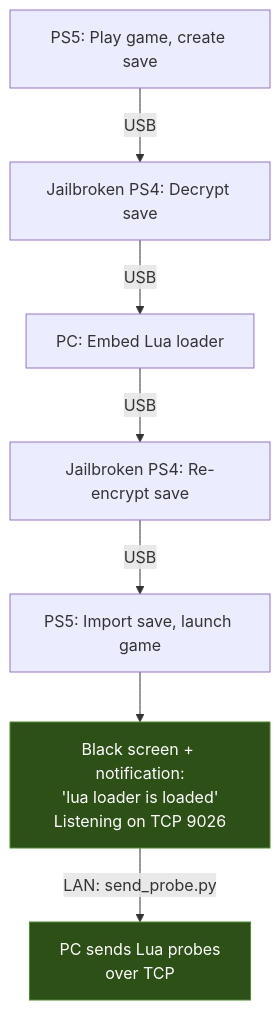
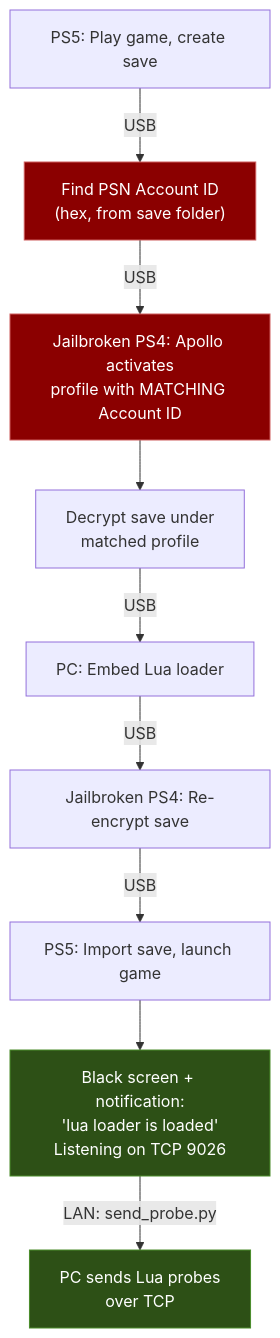
The third of 3 diagrams in README.md (0x7067/PS5-14.10-Research), drawn with Mermaid before and after one commit. The commit also changed other lines of this file and 1 other file, not shown here.

Commit message:
Add critical PSN Account ID matching step to setup guide
- Account ID (16-char hex) must match between PS5 and PS4 profiles
- Use Apollo Save Tool to offline-activate PS4 profile with matching ID
- Updated save file chain diagram to highlight this step
- Added troubleshooting entries for account ID mismatch
- Renumbered setup steps (new Step 3: Match Account ID)

````diff
--- a/README.md
+++ b/README.md
@@ -210,12 +210,16 @@
 ```mermaid
 graph TD
-    A["PS5: Play game, create save"] -->|USB| B["Jailbroken PS4: Decrypt save"]
-    B -->|USB| C["PC: Embed Lua loader"]
-    C -->|USB| D["Jailbroken PS4: Re-encrypt save"]
-    D -->|USB| E["PS5: Import save, launch game"]
-    E --> F["Black screen + notification:<br/>'lua loader is loaded'<br/>Listening on TCP 9026"]
-    F -->|"LAN: send_probe.py"| G["PC sends Lua probes<br/>over TCP"]
+    A["PS5: Play game, create save"] -->|USB| B["Find PSN Account ID<br/>(hex, from save folder)"]
+    B -->|USB| C["Jailbroken PS4: Apollo activates<br/>profile with MATCHING Account ID"]
+    C --> D["Decrypt save under<br/>matched profile"]
+    D -->|USB| E["PC: Embed Lua loader"]
+    E -->|USB| F["Jailbroken PS4: Re-encrypt save"]
+    F -->|USB| G["PS5: Import save, launch game"]
+    G --> H["Black screen + notification:<br/>'lua loader is loaded'<br/>Listening on TCP 9026"]
+    H -->|"LAN: send_probe.py"| I["PC sends Lua probes<br/>over TCP"]
 
-    style F fill:#2d5016,stroke:#4a8c2a,color:#fff
-    style G fill:#2d5016,stroke:#4a8c2a,color:#fff
+    style B fill:#8b0000,stroke:#cd5c5c,color:#fff
+    style C fill:#8b0000,stroke:#cd5c5c,color:#fff
+    style H fill:#2d5016,stroke:#4a8c2a,color:#fff
+    style I fill:#2d5016,stroke:#4a8c2a,color:#fff
 ```
````
